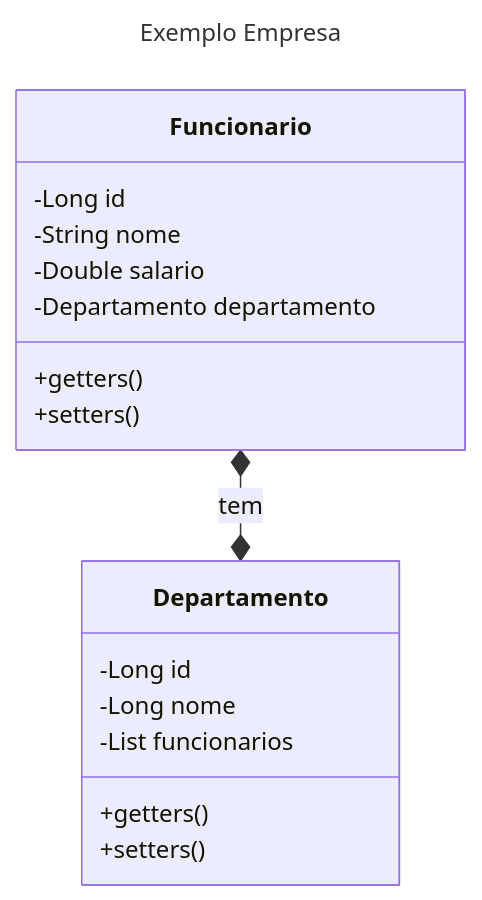
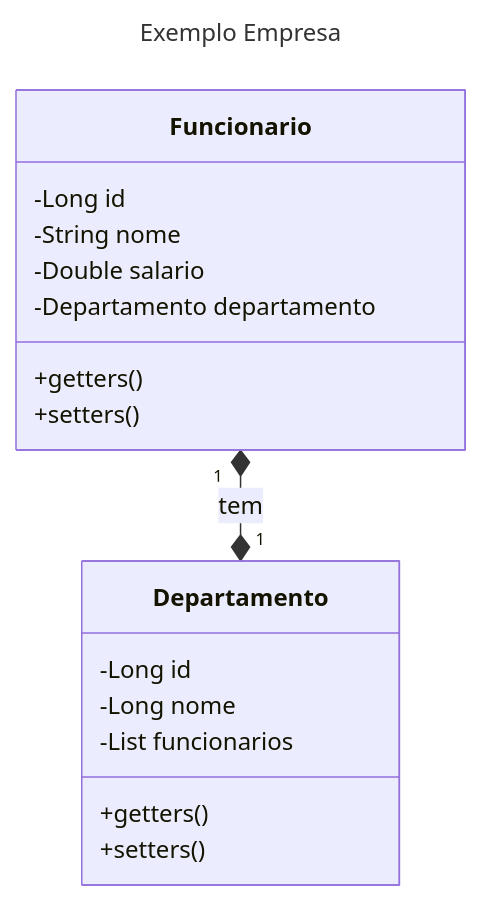
The diagram in README.md (lschlestein/hibernate), drawn with Mermaid before and after one commit.

````diff
--- a/README.md
+++ b/README.md
@@ -182,22 +182,22 @@
 ```mermaid
 ---
 title: Exemplo Empresa
 ---
 classDiagram
-    Funcionario *--* Departamento : tem
+    Funcionario "1" *--* "1" Departamento : tem
     class Funcionario{
         -Long id
         -String nome
         -Double salario
         -Departamento departamento
         +getters( )
         +setters( )
     }
     class Departamento{
         -Long id
         -Long nome
         -List<Funcionario> funcionarios
         +getters( )
         +setters( )
     }
 ```
````
